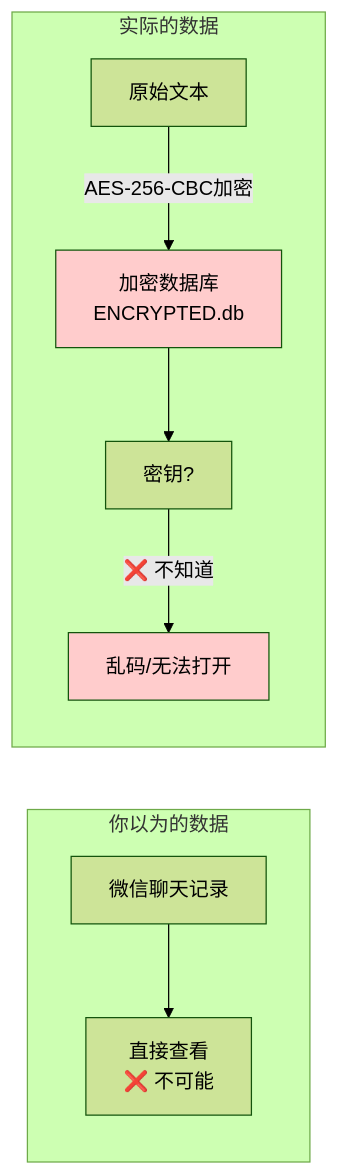
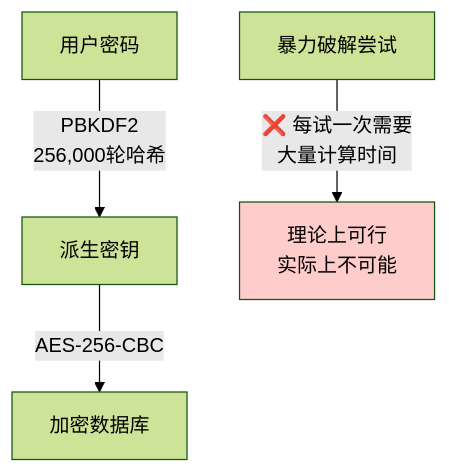
Before and after one commit to nerdneilsfield/code-wiki-pages: the second of 5 diagrams in public/wechat-decrypt/guide-beginners-guide-what-and-why.md, drawn with Mermaid (forest theme). The commit also changed other lines of this file and 30 other files, not shown here.

````diff
--- a/public/wechat-decrypt/guide-beginners-guide-what-and-why.md
+++ b/public/wechat-decrypt/guide-beginners-guide-what-and-why.md
@@ -9,15 +54,9 @@
 ```mermaid
-flowchart LR
-    subgraph "你以为的数据"
-        A[微信聊天记录] --> B[直接查看<br/>❌ 不可能]
-    end
+flowchart TD
+    A[用户密码] -->|PBKDF2<br/>256,000轮哈希| B[派生密钥]
+    B -->|AES-256-CBC| C[加密数据库]
     
-    subgraph "实际的数据"
-        C[原始文本] -->|AES-256-CBC加密| D[加密数据库<br/>ENCRYPTED.db]
-        D --> E[密钥?] 
-        E -->|❌ 不知道| F[乱码/无法打开]
-    end
+    D[暴力破解尝试] -->|❌ 每试一次需要<br/>大量计算时间| E[理论上可行<br/>实际上不可能]
     
-    style D fill:#ffcccc
-    style F fill:#ffcccc
+    style E fill:#ffcccc
 ```
````
